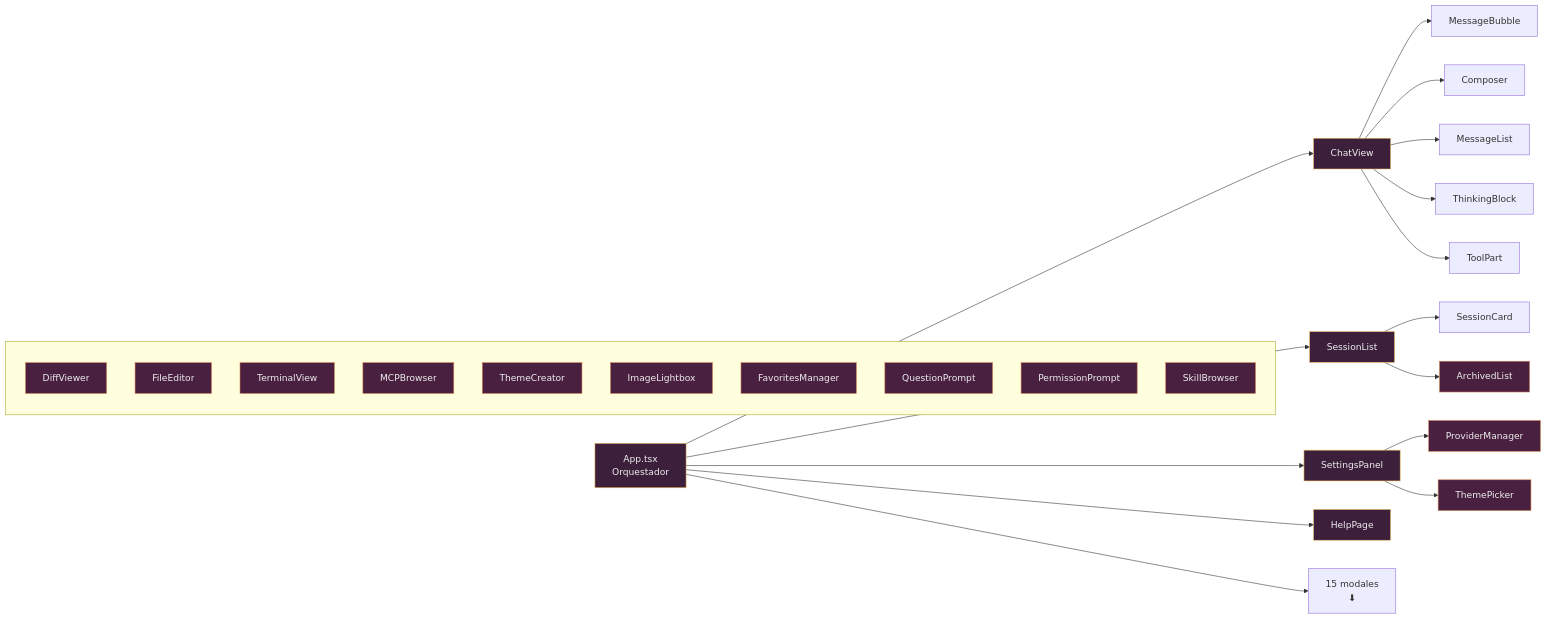
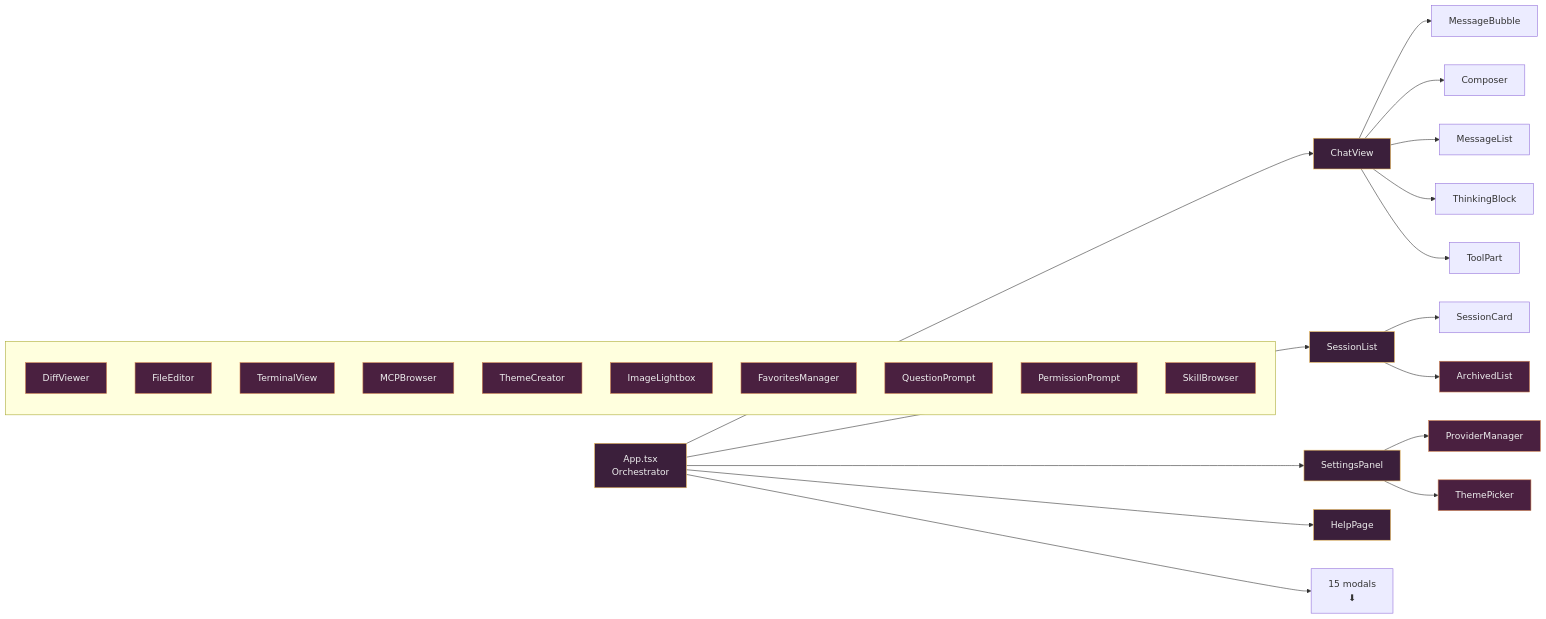
One commit to Owning01/Openher changed the third of 4 diagrams in README.md. Above: the diagram before and after it, drawn with Mermaid. The commit also changed other lines of this file and 63 other files, not shown here.

````diff
--- a/README.md
+++ b/README.md
@@ -107,33 +109,33 @@
 ```mermaid
 flowchart LR
     classDef ui fill:#3b1f3b,stroke:#f0c060,color:#eee
     classDef modal fill:#4a2040,stroke:#d08050,color:#eee
-    App["App.tsx<br/>Orquestador"] --> CV["ChatView"]
+    App["App.tsx<br/>Orchestrator"] --> CV["ChatView"]
     App --> SL["SessionList"]
     App --> SP["SettingsPanel"]
     App --> HP["HelpPage"]
-    App --> Mod["15 modales<br/>⬇"]
+    App --> Mod["15 modals<br/>⬇"]
     CV --> MB["MessageBubble"]
     CV --> C["Composer"]
     CV --> ML["MessageList"]
     CV --> TB["ThinkingBlock"]
     CV --> TP["ToolPart"]
     SL --> SC["SessionCard"]
     SL --> AL["ArchivedList"]
     SP --> PM["ProviderManager"]
     SP --> TPk["ThemePicker"]
-    subgraph Modales[" "]
+    subgraph Modals[" "]
         DIFF["DiffViewer"]
         FE["FileEditor"]
         TV["TerminalView"]
         MCP["MCPBrowser"]
         TC["ThemeCreator"]
         IL["ImageLightbox"]
         FM["FavoritesManager"]
         QP["QuestionPrompt"]
         PP["PermissionPrompt"]
         SB["SkillBrowser"]
     end
     class App,CV,SL,SP,HP ui
     class DIFF,FE,TV,MCP,TC,IL,FM,QP,PP,SB,AL,PM,TPk modal
 ```
````
